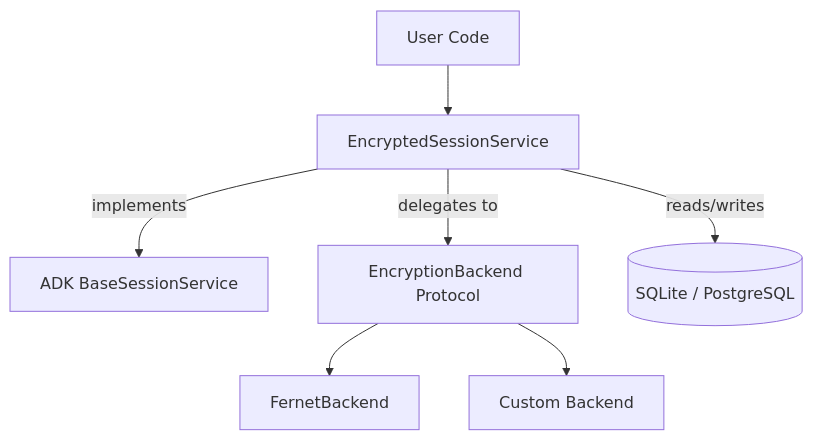
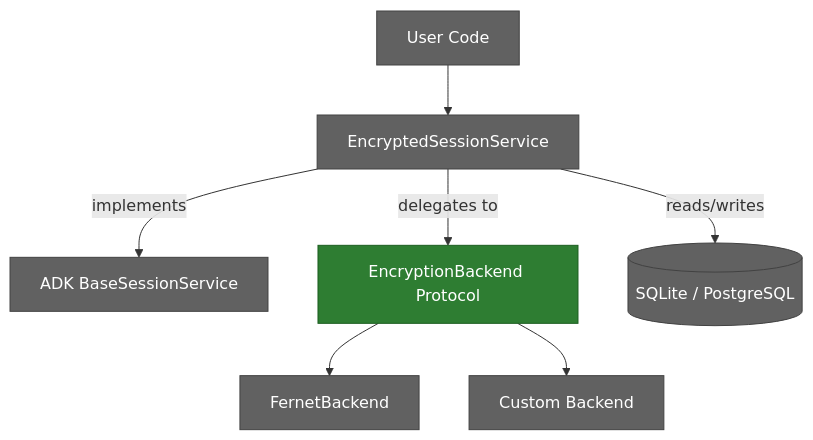
One commit to Alberto-Codes/adk-secure-sessions changed the first of 3 diagrams in docs/ARCHITECTURE.md. Above: the diagram before and after it, drawn with Mermaid. The commit also changed other lines of this file, not shown here.

Commit message:
feat: enhance architecture documentation with color legend and updated diagrams

````diff
--- a/docs/ARCHITECTURE.md
+++ b/docs/ARCHITECTURE.md
@@ -7,9 +11,17 @@
 ```mermaid
 graph TD
     UC[User Code] --> ESS[EncryptedSessionService]
     ESS -->|implements| BSS[ADK BaseSessionService]
     ESS -->|delegates to| EB[EncryptionBackend Protocol]
     EB --> FB[FernetBackend]
     EB --> CB[Custom Backend]
     ESS -->|reads/writes| DB[(SQLite / PostgreSQL)]
+
+    style EB fill:#2e7d32,stroke:#1b5e20,color:#fff
+    style UC fill:#616161,stroke:#424242,color:#fff
+    style ESS fill:#616161,stroke:#424242,color:#fff
+    style BSS fill:#616161,stroke:#424242,color:#fff
+    style FB fill:#616161,stroke:#424242,color:#fff
+    style CB fill:#616161,stroke:#424242,color:#fff
+    style DB fill:#616161,stroke:#424242,color:#fff
 ```
````
